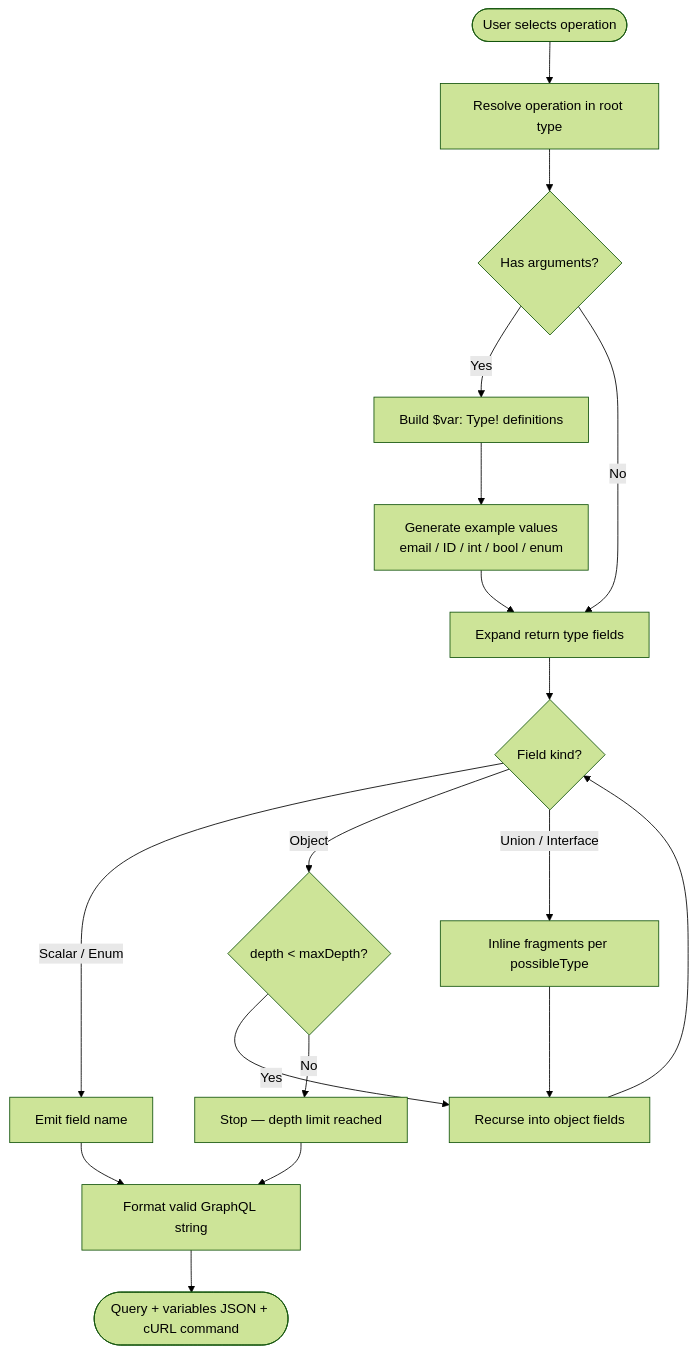
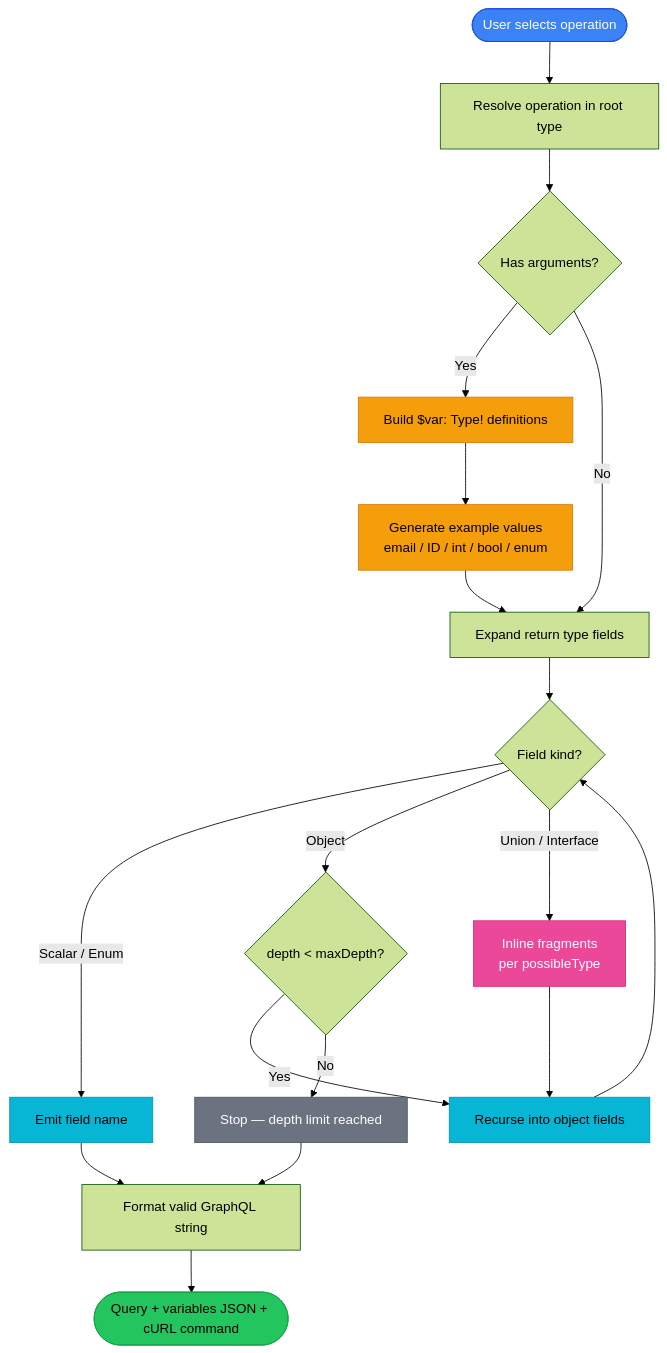
One commit to 0xDTC/0xGQLForge changed the sixth of 8 diagrams in README.md. Above: the diagram before and after it, drawn with Mermaid (forest theme). The commit also changed other lines of this file and 9 other files, not shown here.

````diff
--- a/README.md
+++ b/README.md
@@ -316,25 +447,34 @@
 ```mermaid
 flowchart TD
     START([User selects operation]) --> FIND[Resolve operation in root type]
     FIND --> ARGS{Has arguments?}
 
     ARGS -->|Yes| VARDEFS[Build $var: Type! definitions]
     VARDEFS --> EXAMPLES[Generate example values<br/>email / ID / int / bool / enum]
     ARGS -->|No| EXPAND
 
     EXAMPLES --> EXPAND[Expand return type fields]
 
     EXPAND --> CHECK{Field kind?}
     CHECK -->|Scalar / Enum| LEAF[Emit field name]
     CHECK -->|Object| DEPTH{depth < maxDepth?}
-    CHECK -->|Union / Interface| FRAG[Inline fragments per possibleType]
+    CHECK -->|Union / Interface| FRAG[Inline fragments<br/>per possibleType]
 
     DEPTH -->|Yes| RECURSE[Recurse into object fields]
     DEPTH -->|No| STOP[Stop — depth limit reached]
 
     FRAG --> RECURSE
     RECURSE --> CHECK
     LEAF --> FORMAT[Format valid GraphQL string]
     STOP --> FORMAT
     FORMAT --> OUTPUT([Query + variables JSON + cURL command])
+
+    style START fill:#3b82f6,color:#fff,stroke:#1d4ed8
+    style OUTPUT fill:#22c55e,color:#000,stroke:#16a34a
+    style VARDEFS fill:#f59e0b,color:#000,stroke:#d97706
+    style EXAMPLES fill:#f59e0b,color:#000,stroke:#d97706
+    style LEAF fill:#06b6d4,color:#000,stroke:#0891b2
+    style FRAG fill:#ec4899,color:#fff,stroke:#db2777
+    style RECURSE fill:#06b6d4,color:#000,stroke:#0891b2
+    style STOP fill:#6b7280,color:#fff,stroke:#4b5563
 ```
````
